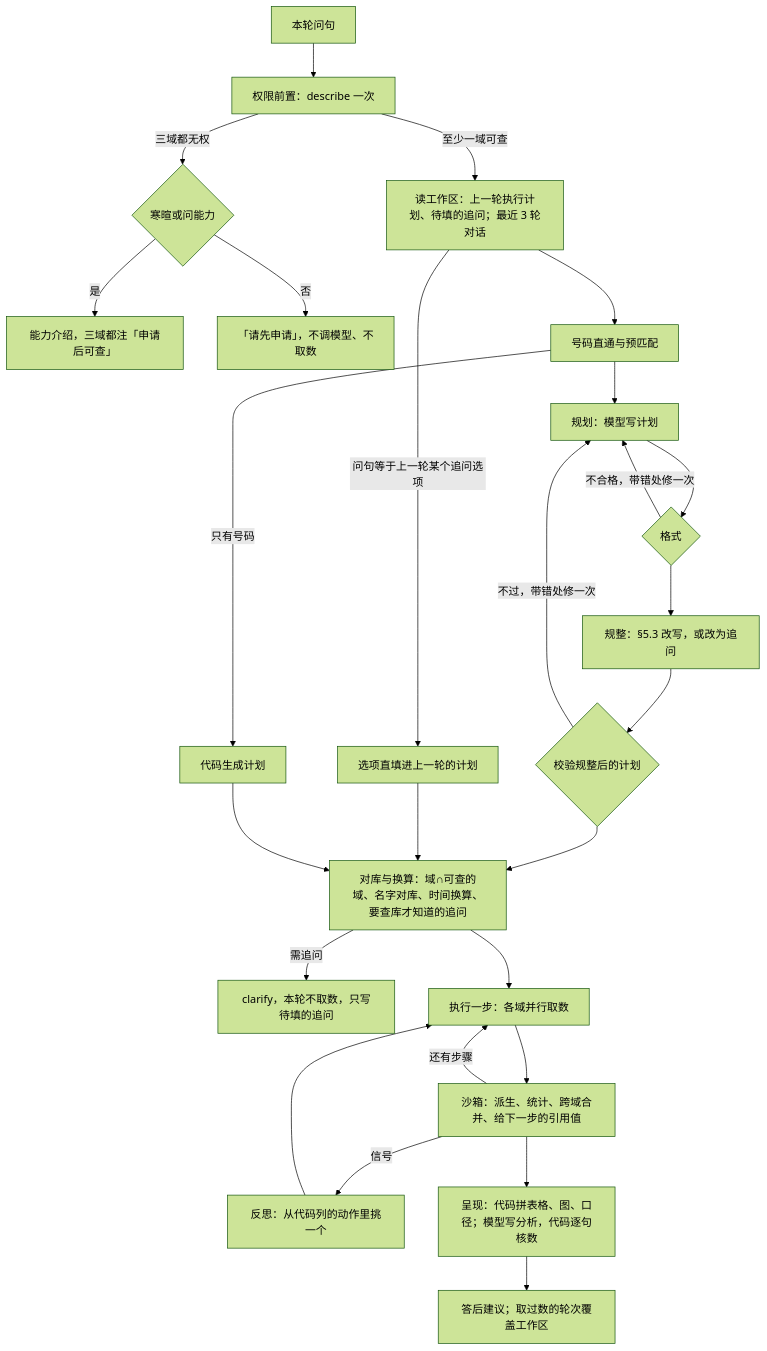
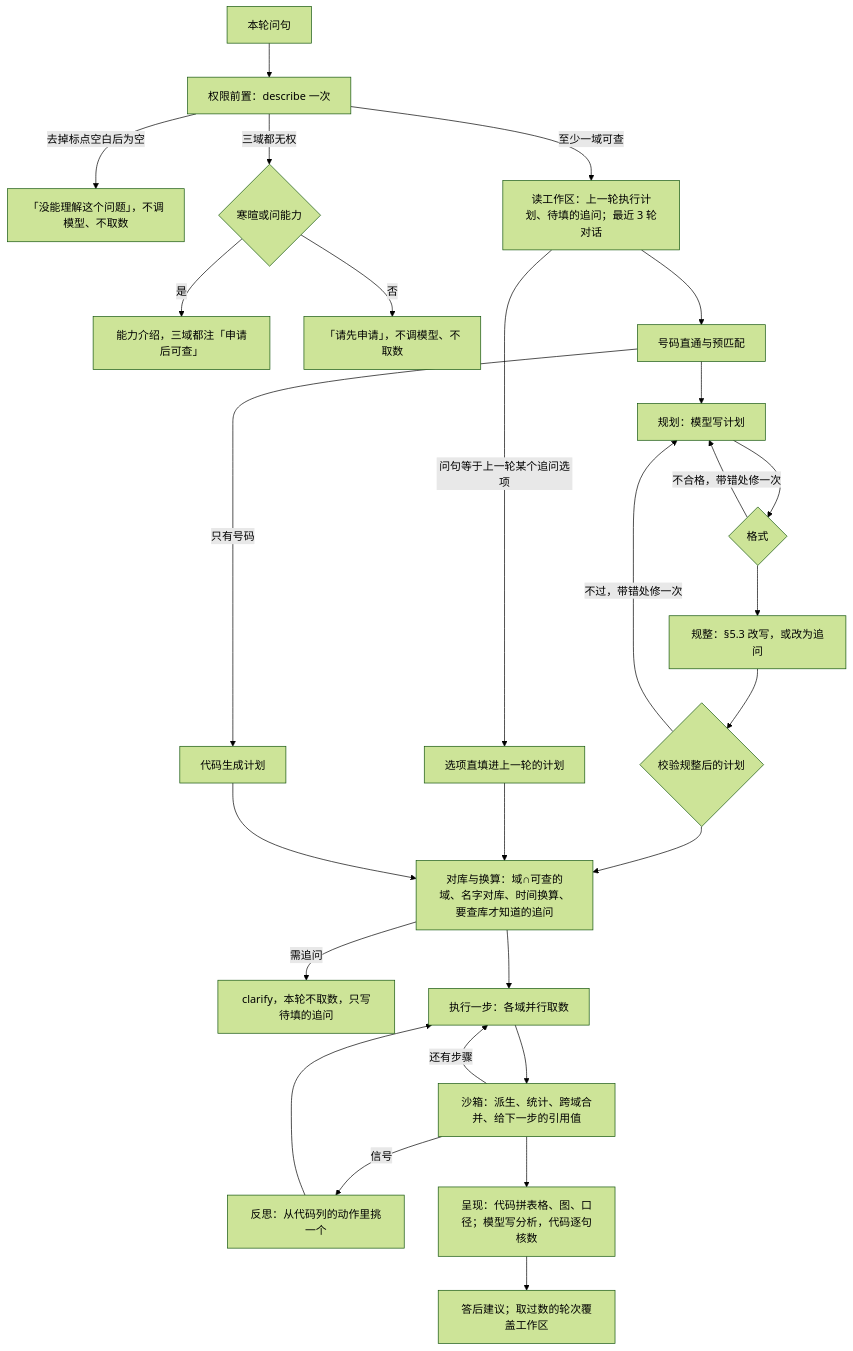
Before and after one commit to wujushan/FactoryIssue: the diagram in docs/decisions/2026-10-27-模块技术设计.md, drawn with Mermaid (forest theme). The commit also changed other lines of this file and 11 other files, not shown here.

First line of the commit message:
docs(G4b): 对照通用测试补口径 G71–G75；不另加意图判断调用；设计与任务单随 S0 修订

````diff
--- a/docs/decisions/2026-10-27-模块技术设计.md
+++ b/docs/decisions/2026-10-27-模块技术设计.md
@@ -22,28 +22,29 @@
 ```mermaid
 flowchart TD
   A[本轮问句] --> G[权限前置：describe 一次]
+  G -->|去掉标点空白后为空| E0[「没能理解这个问题」，不调模型、不取数]
   G -->|三域都无权| G0{寒暄或问能力}
   G0 -->|是| I0[能力介绍，三域都注「申请后可查」]
   G0 -->|否| D0[「请先申请」，不调模型、不取数]
   G -->|至少一域可查| W[读工作区：上一轮执行计划、待填的追问；最近 3 轮对话]
   W -->|问句等于上一轮某个追问选项| F[选项直填进上一轮的计划]
   W --> M[号码直通与预匹配]
   M -->|只有号码| Z[代码生成计划]
   M --> P[规划：模型写计划]
   P --> Q{格式}
   Q -->|不合格，带错处修一次| P
   Q --> N1[规整：§5.3 改写，或改为追问]
   N1 --> K{校验规整后的计划}
   K -->|不过，带错处修一次| P
   K --> N2[对库与换算：域∩可查的域、名字对库、时间换算、要查库才知道的追问]
   F --> N2
   Z --> N2
   N2 -->|需追问| C[clarify，本轮不取数，只写待填的追问]
   N2 --> X[执行一步：各域并行取数]
   X --> S[沙箱：派生、统计、跨域合并、给下一步的引用值]
   S -->|信号| R[反思：从代码列的动作里挑一个]
   R --> X
   S -->|还有步骤| X
   S --> V[呈现：代码拼表格、图、口径；模型写分析，代码逐句核数]
   V --> U[答后建议；取过数的轮次覆盖工作区]
 ```
````
